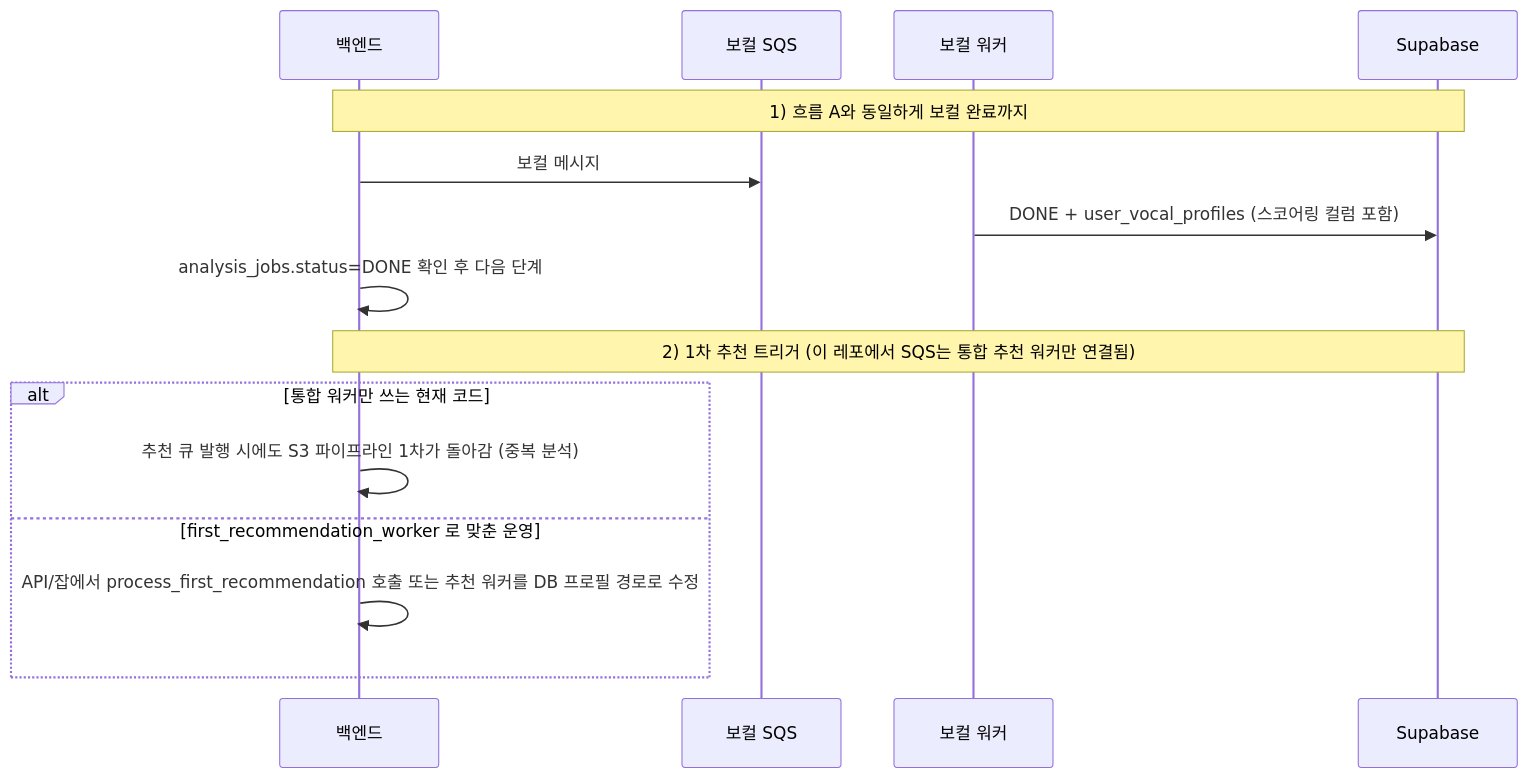
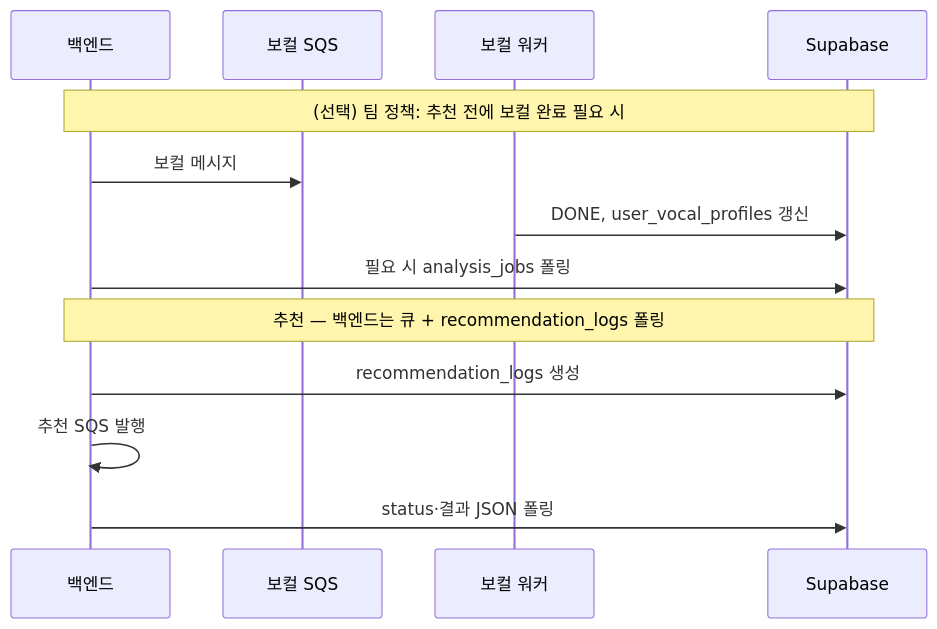
Before and after one commit to Ewha-Capstone-Design/SINGCHRONIZE: the third of 3 diagrams in ai/docs/BACKEND_ASYNC_PIPELINES.md, drawn with Mermaid. The commit also changed other lines of this file, not shown here.

````diff
--- a/ai/docs/BACKEND_ASYNC_PIPELINES.md
+++ b/ai/docs/BACKEND_ASYNC_PIPELINES.md
@@ -113,19 +164,17 @@
 ```mermaid
 sequenceDiagram
   participant BE as 백엔드
   participant Qv as 보컬 SQS
   participant Wv as 보컬 워커
   participant SB as Supabase
 
-  Note over BE,SB: 1) 흐름 A와 동일하게 보컬 완료까지
+  Note over BE,SB: (선택) 팀 정책: 추천 전에 보컬 완료 필요 시
   BE->>Qv: 보컬 메시지
-  Wv->>SB: DONE + user_vocal_profiles (스코어링 컬럼 포함)
-  BE->>BE: analysis_jobs.status=DONE 확인 후 다음 단계
+  Wv->>SB: DONE, user_vocal_profiles 갱신
+  BE->>SB: 필요 시 analysis_jobs 폴링
 
-  Note over BE,SB: 2) 1차 추천 트리거 (이 레포에서 SQS는 통합 추천 워커만 연결됨)
-  alt 통합 워커만 쓰는 현재 코드
-    BE->>BE: 추천 큐 발행 시에도 S3 파이프라인 1차가 돌아감 (중복 분석)
-  else first_recommendation_worker 로 맞춘 운영
-    BE->>BE: API/잡에서 process_first_recommendation 호출 또는 추천 워커를 DB 프로필 경로로 수정
-  end
+  Note over BE,SB: 추천 — 백엔드는 큐 + recommendation_logs 폴링
+  BE->>SB: recommendation_logs 생성
+  BE->>BE: 추천 SQS 발행
+  BE->>SB: status·결과 JSON 폴링
 ```
````
